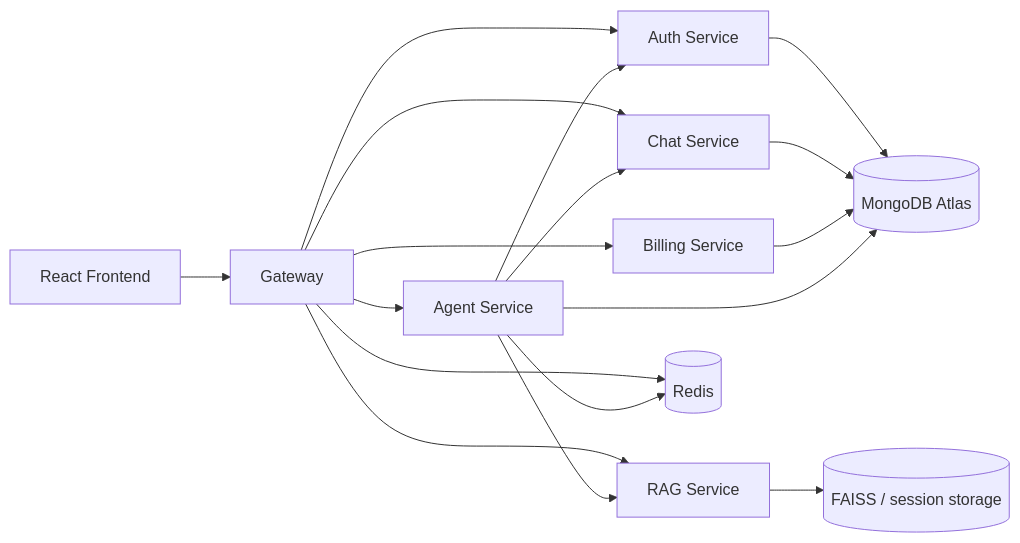
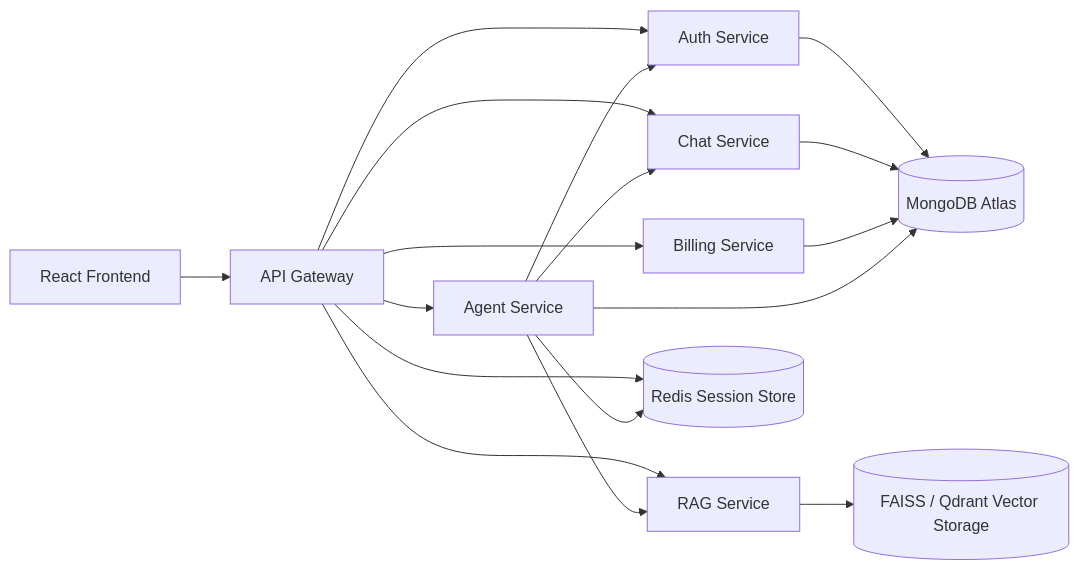
Before and after one commit to madhu9613/KifaruAI: the first of 8 diagrams in ARCHITECTURE.md, drawn with Mermaid. The commit also changed other lines of this file, not shown here.

````diff
--- a/ARCHITECTURE.md
+++ b/ARCHITECTURE.md
@@ -18,19 +21,24 @@
 ```mermaid
 flowchart LR
-  UI[React Frontend] --> GW[Gateway]
-  GW --> AUTH[Auth Service]
-  GW --> CHAT[Chat Service]
-  GW --> AGENT[Agent Service]
-  GW --> BILLING[Billing Service]
-  GW --> RAG[RAG Service]
-  AGENT --> CHAT
-  AGENT --> AUTH
-  AGENT --> RAG
-  AUTH --> MONGO[(MongoDB Atlas)]
-  CHAT --> MONGO
-  BILLING --> MONGO
-  AGENT --> MONGO
-  GW --> REDIS[(Redis)]
-  AGENT --> REDIS
-  RAG --> LOCAL[(FAISS / session storage)]
+    UI[React Frontend] --> GW[API Gateway]
+
+    GW --> AUTH[Auth Service]
+    GW --> CHAT[Chat Service]
+    GW --> AGENT[Agent Service]
+    GW --> BILLING[Billing Service]
+    GW --> RAG[RAG Service]
+
+    AGENT --> CHAT
+    AGENT --> AUTH
+    AGENT --> RAG
+
+    AUTH --> MONGO[(MongoDB Atlas)]
+    CHAT --> MONGO
+    BILLING --> MONGO
+    AGENT --> MONGO
+
+    GW --> REDIS[(Redis Session Store)]
+    AGENT --> REDIS
+
+    RAG --> VECTOR[(FAISS / Qdrant Vector Storage)]
 ```
````
